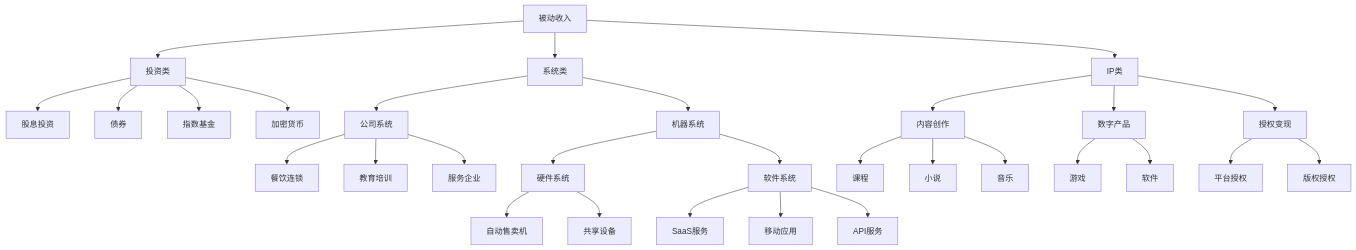
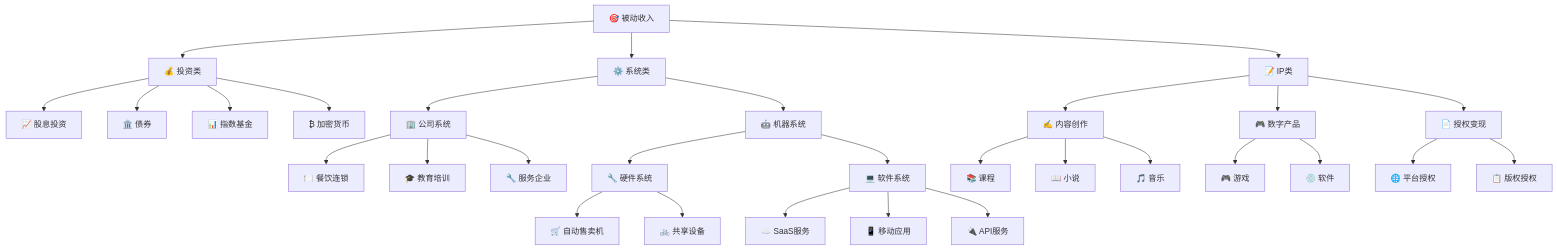
Before and after one commit to caydock/CayDock: the diagram in content/posts/程序员如何构建被动收入.md, drawn with Mermaid. The commit also changed other lines of this file and 1 other file, not shown here.

Commit message:
feat: Enhance passive income post and improve Mermaid.js styling
- Update the passive income strategies post with clearer structure and additional insights.
- Add a summary section to the post for better readability.
- Enhance Mermaid.js with custom styles for improved visual appeal and interactivity.
- Implement automatic node styling based on content type in Mermaid diagrams for better clarity.

```diff
--- a/content/posts/程序员如何构建被动收入.md
+++ b/content/posts/程序员如何构建被动收入.md
@@ -65,42 +71,42 @@
 {{< mermaid >}}
 graph TD
-    A[被动收入] --> B[投资类]
-    A --> C[系统类]
-    A --> D[IP类]
+    A["🎯 被动收入"] --> B["💰 投资类"]
+    A --> C["⚙️ 系统类"]
+    A --> D["📝 IP类"]
     
-    B --> B1[股息投资]
-    B --> B2[债券]
-    B --> B3[指数基金]
-    B --> B4[加密货币]
+    B --> B1["📈 股息投资"]
+    B --> B2["🏛️ 债券"]
+    B --> B3["📊 指数基金"]
+    B --> B4["₿ 加密货币"]
     
-    C --> C1[公司系统]
-    C --> C2[机器系统]
+    C --> C1["🏢 公司系统"]
+    C --> C2["🤖 机器系统"]
     
-    C1 --> C1a[餐饮连锁]
-    C1 --> C1b[教育培训]
-    C1 --> C1c[服务企业]
+    C1 --> C1a["🍽️ 餐饮连锁"]
+    C1 --> C1b["🎓 教育培训"]
+    C1 --> C1c["🔧 服务企业"]
     
-    C2 --> C2a[硬件系统]
-    C2 --> C2b[软件系统]
+    C2 --> C2a["🔧 硬件系统"]
+    C2 --> C2b["💻 软件系统"]
     
-    C2a --> C2a1[自动售卖机]
-    C2a --> C2a2[共享设备]
+    C2a --> C2a1["🛒 自动售卖机"]
+    C2a --> C2a2["🚲 共享设备"]
     
-    C2b --> C2b1[SaaS服务]
-    C2b --> C2b2[移动应用]
-    C2b --> C2b3[API服务]
+    C2b --> C2b1["☁️ SaaS服务"]
+    C2b --> C2b2["📱 移动应用"]
+    C2b --> C2b3["🔌 API服务"]
     
-    D --> D1[内容创作]
-    D --> D2[数字产品]
-    D --> D3[授权变现]
+    D --> D1["✍️ 内容创作"]
+    D --> D2["🎮 数字产品"]
+    D --> D3["📄 授权变现"]
     
-    D1 --> D1a[课程]
-    D1 --> D1b[小说]
-    D1 --> D1c[音乐]
+    D1 --> D1a["📚 课程"]
+    D1 --> D1b["📖 小说"]
+    D1 --> D1c["🎵 音乐"]
     
-    D2 --> D2a[游戏]
-    D2 --> D2b[软件]
+    D2 --> D2a["🎮 游戏"]
+    D2 --> D2b["💿 软件"]
     
-    D3 --> D3a[平台授权]
-    D3 --> D3b[版权授权]
+    D3 --> D3a["🌐 平台授权"]
+    D3 --> D3b["📋 版权授权"]
 {{< /mermaid >}}
```
